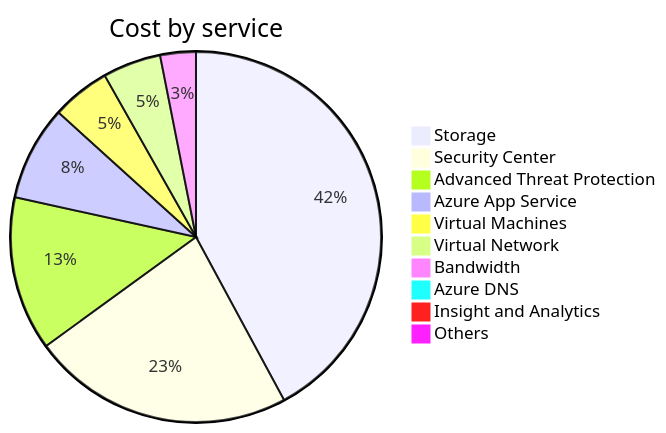
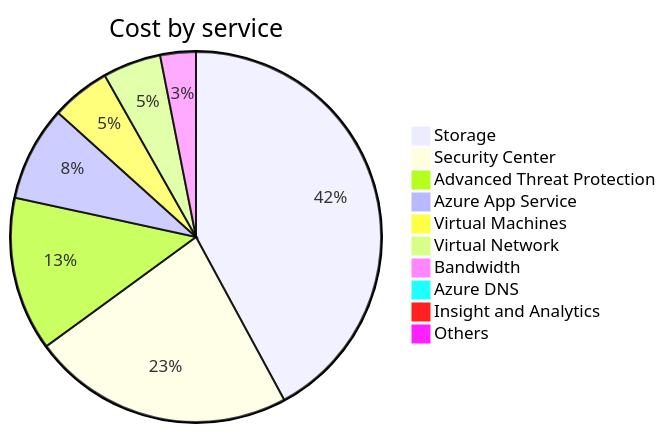
Before and after one commit to jpfulton/azure-personal-reports: the second of 4 diagrams in cost-reports/accumulated-cost.md, drawn with Mermaid. The commit also changed other lines of this file and 2 other files, not shown here.

````diff
--- a/cost-reports/accumulated-cost.md
+++ b/cost-reports/accumulated-cost.md
@@ -102,14 +102,14 @@
 ```mermaid
 pie
    title Cost by service
    "Storage" : 36.42
    "Security Center" : 19.78
    "Advanced Threat Protection" : 11.63
    "Azure App Service" : 7.15
-   "Virtual Machines" : 4.41
+   "Virtual Machines" : 4.45
    "Virtual Network" : 4.39
    "Bandwidth" : 2.69
    "Azure DNS" : 0.59
    "Insight and Analytics" : 0.00
    "Others" : 0.00
 ```
````
